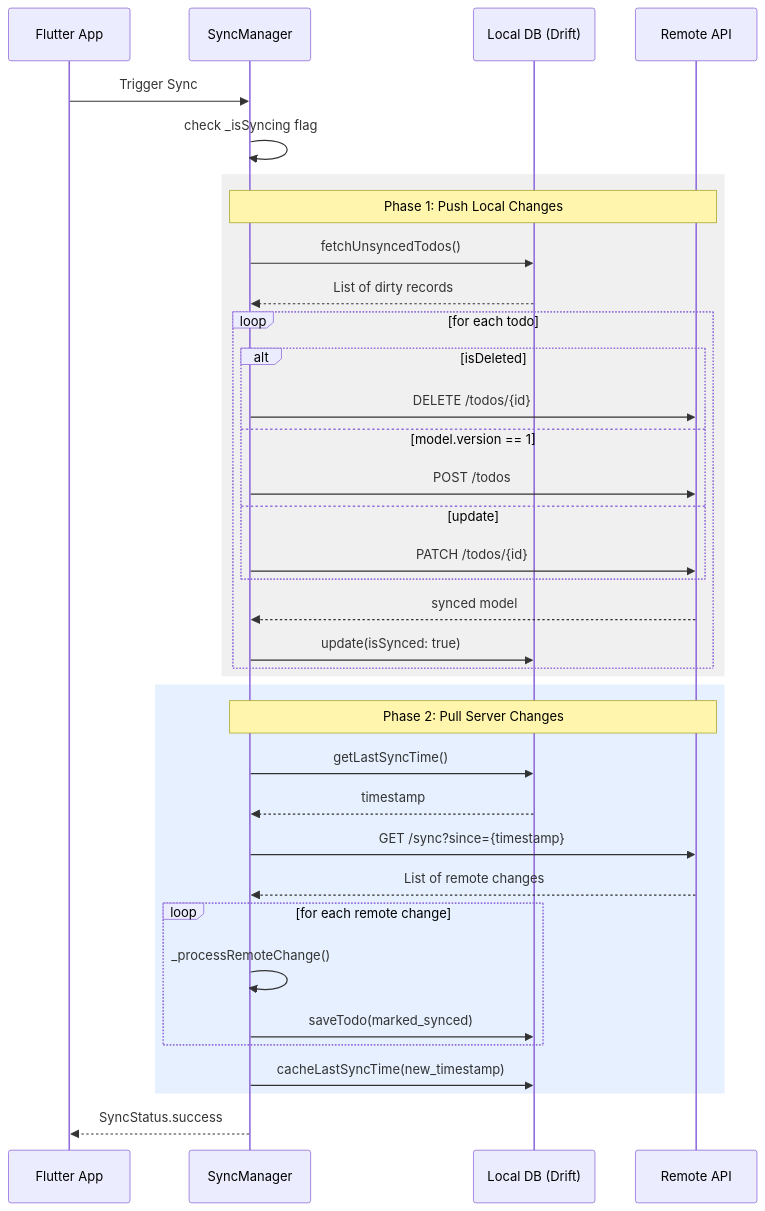
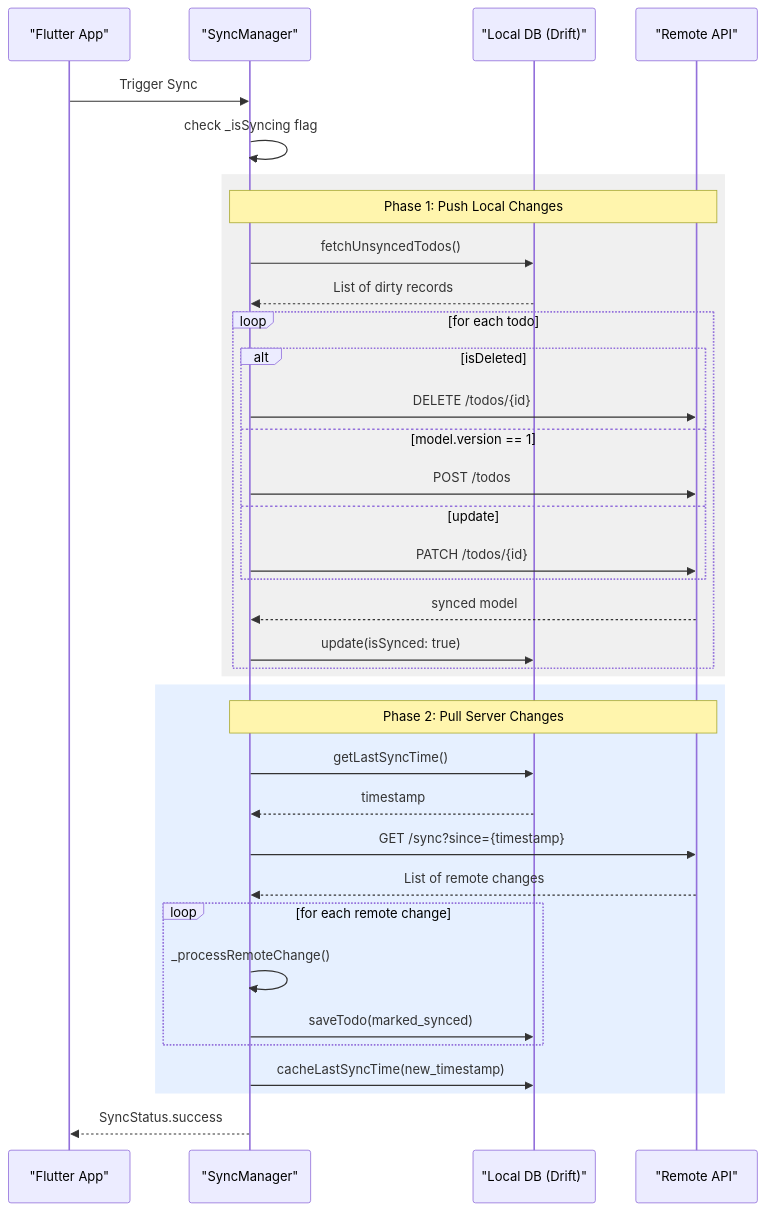
One commit to abhijain2472/todo-offline-first-app changed the second of 2 diagrams in README.md. Above: the diagram before and after it, drawn with Mermaid. The commit also changed other lines of this file, not shown here.

Commit message:
fixed read me md

````diff
--- a/README.md
+++ b/README.md
@@ -60,42 +60,42 @@
 ```mermaid
 sequenceDiagram
-    participant App as Flutter App
-    participant SM as SyncManager
-    participant LDS as Local DB (Drift)
-    participant RDS as Remote API
+    participant App as "Flutter App"
+    participant SM as "SyncManager"
+    participant LDS as "Local DB (Drift)"
+    participant RDS as "Remote API"
 
     App->>SM: Trigger Sync
     SM->>SM: check _isSyncing flag
     
     rect rgb(240, 240, 240)
     Note over SM, RDS: Phase 1: Push Local Changes
     SM->>LDS: fetchUnsyncedTodos()
     LDS-->>SM: List of dirty records
     loop for each todo
         alt isDeleted
             SM->>RDS: DELETE /todos/{id}
         else model.version == 1
             SM->>RDS: POST /todos
         else update
             SM->>RDS: PATCH /todos/{id}
         end
         RDS-->>SM: synced model
         SM->>LDS: update(isSynced: true)
     end
     end
 
     rect rgb(230, 240, 255)
     Note over SM, RDS: Phase 2: Pull Server Changes
     SM->>LDS: getLastSyncTime()
     LDS-->>SM: timestamp
     SM->>RDS: GET /sync?since={timestamp}
     RDS-->>SM: List of remote changes
     loop for each remote change
         SM->>SM: _processRemoteChange()
         SM->>LDS: saveTodo(marked_synced)
     end
     SM->>LDS: cacheLastSyncTime(new_timestamp)
     end
 
     SM-->>App: SyncStatus.success
 ```
````
